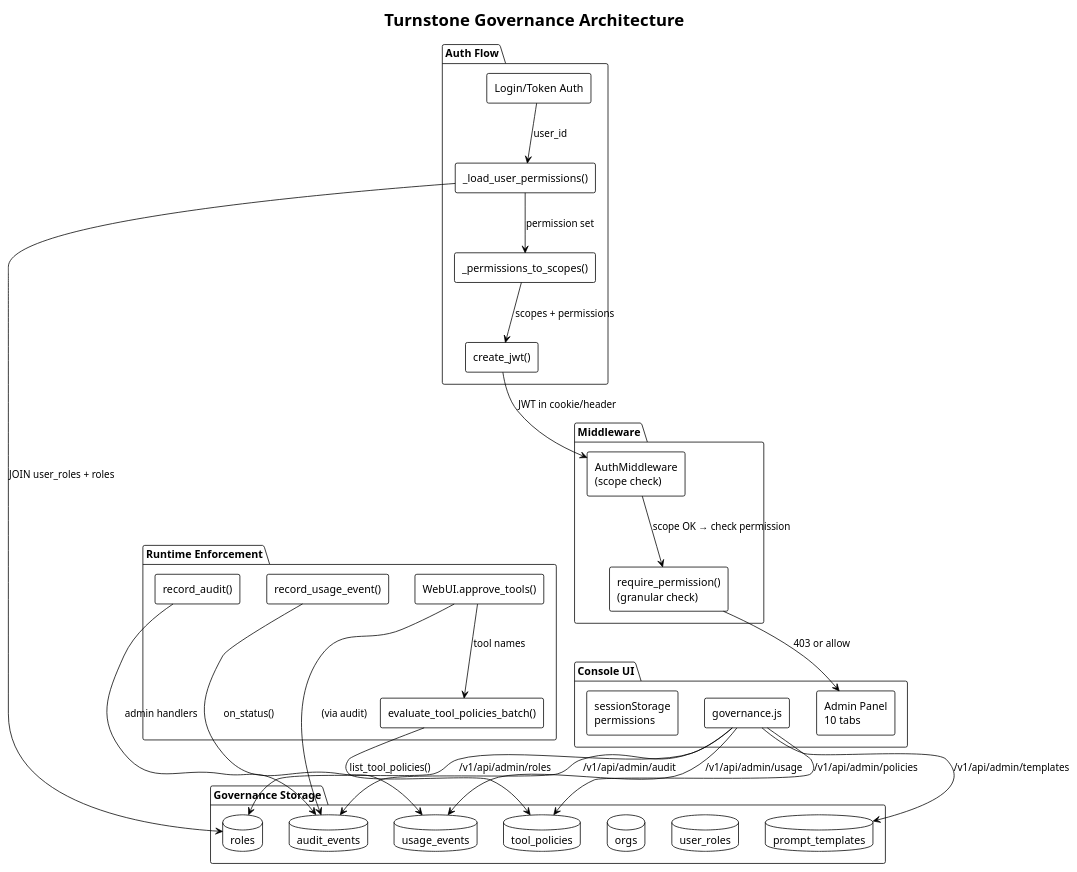
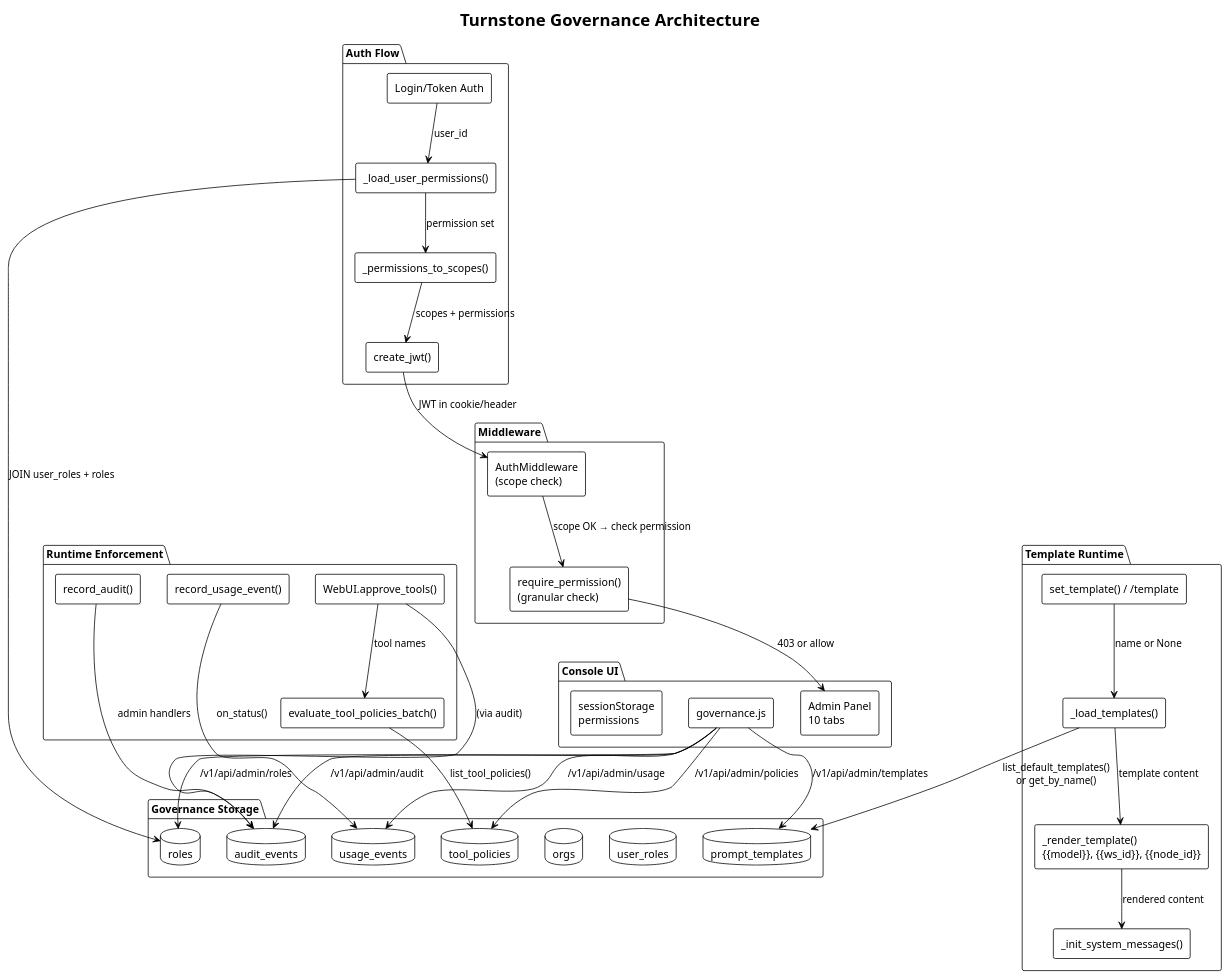
One commit to turnstonelabs/turnstone changed the diagram in docs/diagrams/19-governance-architecture.puml. Above: the diagram before and after it, drawn with PlantUML. The commit also changed 37 other files, not shown here.

```diff
--- a/docs/diagrams/19-governance-architecture.puml
+++ b/docs/diagrams/19-governance-architecture.puml
@@ -1,69 +1,81 @@
 @startuml
 !theme plain
 skinparam backgroundColor #FFFFFF
 skinparam defaultFontName "IBM Plex Mono"
 skinparam componentStyle rectangle
 
 title Turnstone Governance Architecture
 
 package "Auth Flow" {
   [Login/Token Auth] as auth
   [_load_user_permissions()] as perms
   [_permissions_to_scopes()] as scopes
   [create_jwt()] as jwt
 }
 
 package "Middleware" {
   [AuthMiddleware\n(scope check)] as mw
   [require_permission()\n(granular check)] as rp
 }
 
 package "Governance Storage" {
   database "roles" as roles_db
   database "user_roles" as ur_db
   database "orgs" as orgs_db
   database "tool_policies" as tp_db
   database "prompt_templates" as pt_db
   database "usage_events" as ue_db
   database "audit_events" as ae_db
 }
 
 package "Runtime Enforcement" {
   [evaluate_tool_policies_batch()] as eval
   [WebUI.approve_tools()] as approve
   [record_usage_event()] as usage
   [record_audit()] as audit
 }
 
+package "Template Runtime" {
+  [_load_templates()] as tload
+  [_render_template()\n{{model}}, {{ws_id}}, {{node_id}}] as trender
+  [_init_system_messages()] as tsys
+  [set_template() / /template] as tset
+}
+
 package "Console UI" {
   [Admin Panel\n10 tabs] as ui
   [governance.js] as govjs
   [sessionStorage\npermissions] as ss
 }
 
 auth --> perms : user_id
 perms --> roles_db : JOIN user_roles + roles
 perms --> scopes : permission set
 scopes --> jwt : scopes + permissions
 
 jwt --> mw : JWT in cookie/header
 mw --> rp : scope OK → check permission
 
 rp --> ui : 403 or allow
 
 eval --> tp_db : list_tool_policies()
 approve --> eval : tool names
 approve --> ae_db : (via audit)
 
 usage --> ue_db : on_status()
 audit --> ae_db : admin handlers
 
 govjs --> roles_db : /v1/api/admin/roles
 govjs --> tp_db : /v1/api/admin/policies
 govjs --> pt_db : /v1/api/admin/templates
 govjs --> ue_db : /v1/api/admin/usage
 govjs --> ae_db : /v1/api/admin/audit
 
+tload --> pt_db : list_default_templates()\nor get_by_name()
+tload --> trender : template content
+trender --> tsys : rendered content
+tset --> tload : name or None
+
 auth -[hidden]-> mw
 mw -[hidden]-> approve
 @enduml
```
